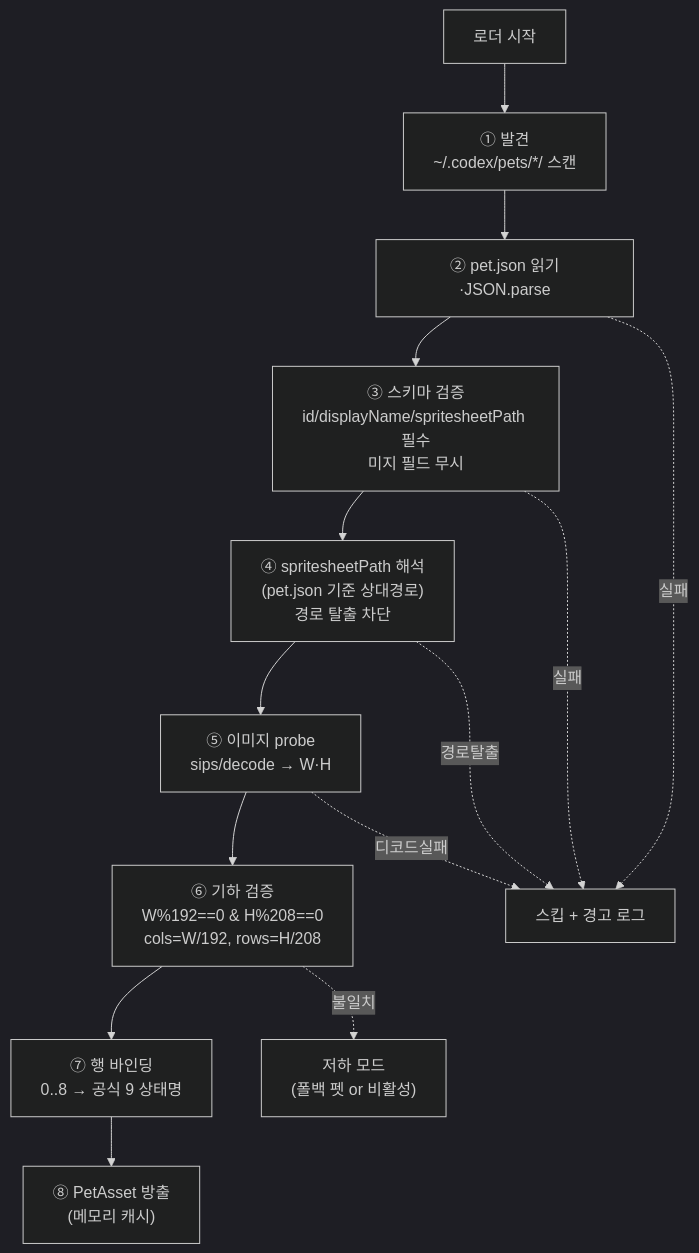
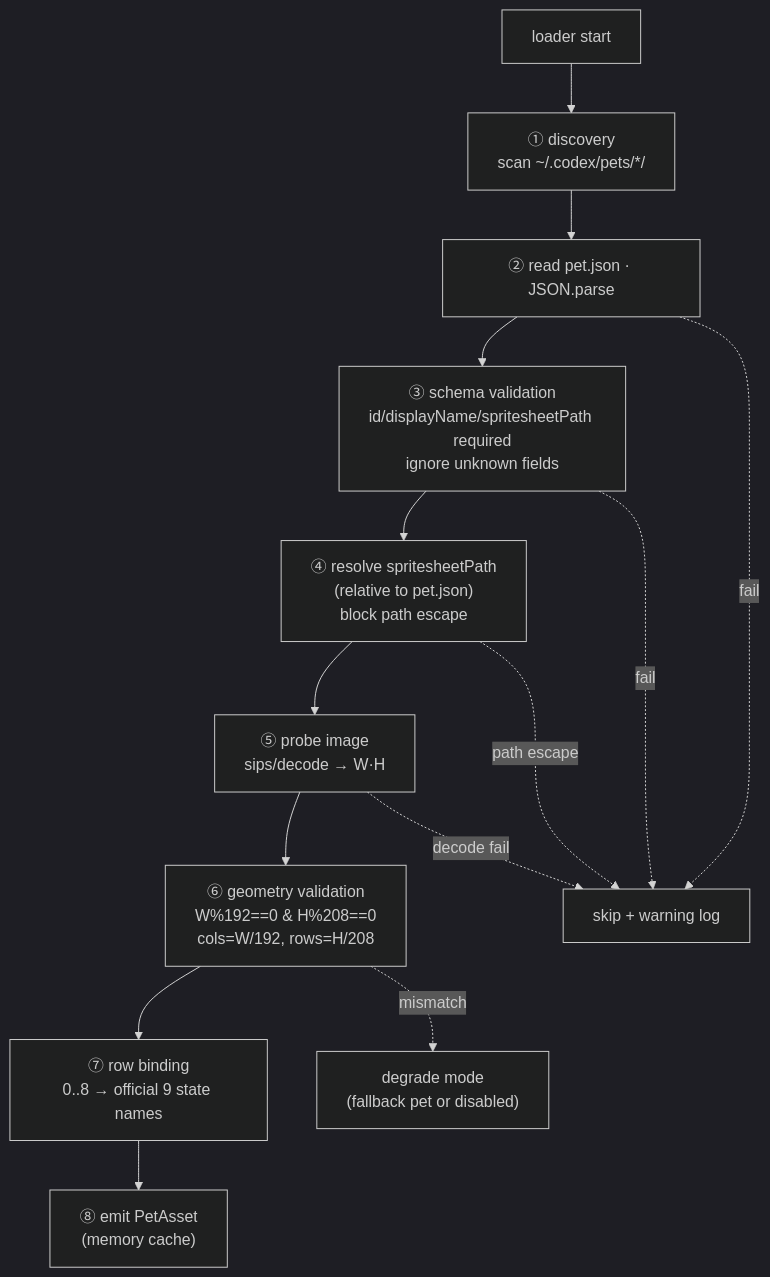
The first of 2 diagrams in docs/02-asset-compat/codex-pet-assets.md (amsminn/Claude-Pet), drawn with Mermaid (dark theme) before and after one commit. The commit also changed other lines of this file and 48 other files, not shown here.

````diff
--- a/docs/02-asset-compat/codex-pet-assets.md
+++ b/docs/02-asset-compat/codex-pet-assets.md
@@ -203,17 +201,17 @@
 ```mermaid
 flowchart TB
-    start["로더 시작"] --> disc["① 발견<br/>~/.codex/pets/*/ 스캔"]
-    disc --> parse["② pet.json 읽기·JSON.parse"]
-    parse --> valSchema["③ 스키마 검증<br/>id/displayName/spritesheetPath 필수<br/>미지 필드 무시"]
-    valSchema --> resolve["④ spritesheetPath 해석<br/>(pet.json 기준 상대경로)<br/>경로 탈출 차단"]
-    resolve --> probe["⑤ 이미지 probe<br/>sips/decode → W·H"]
-    probe --> valGeom["⑥ 기하 검증<br/>W%192==0 & H%208==0<br/>cols=W/192, rows=H/208"]
-    valGeom --> bind["⑦ 행 바인딩<br/>0..8 → 공식 9 상태명"]
-    bind --> emit["⑧ PetAsset 방출<br/>(메모리 캐시)"]
+    start["loader start"] --> disc["① discovery<br/>scan ~/.codex/pets/*/"]
+    disc --> parse["② read pet.json · JSON.parse"]
+    parse --> valSchema["③ schema validation<br/>id/displayName/spritesheetPath required<br/>ignore unknown fields"]
+    valSchema --> resolve["④ resolve spritesheetPath<br/>(relative to pet.json)<br/>block path escape"]
+    resolve --> probe["⑤ probe image<br/>sips/decode → W·H"]
+    probe --> valGeom["⑥ geometry validation<br/>W%192==0 & H%208==0<br/>cols=W/192, rows=H/208"]
+    valGeom --> bind["⑦ row binding<br/>0..8 → official 9 state names"]
+    bind --> emit["⑧ emit PetAsset<br/>(memory cache)"]
 
-    parse -. 실패 .-> skip["스킵 + 경고 로그"]
-    valSchema -. 실패 .-> skip
-    resolve -. 경로탈출 .-> skip
-    probe -. 디코드실패 .-> skip
-    valGeom -. 불일치 .-> degrade["저하 모드<br/>(폴백 펫 or 비활성)"]
+    parse -. fail .-> skip["skip + warning log"]
+    valSchema -. fail .-> skip
+    resolve -. path escape .-> skip
+    probe -. decode fail .-> skip
+    valGeom -. mismatch .-> degrade["degrade mode<br/>(fallback pet or disabled)"]
 ```
````
